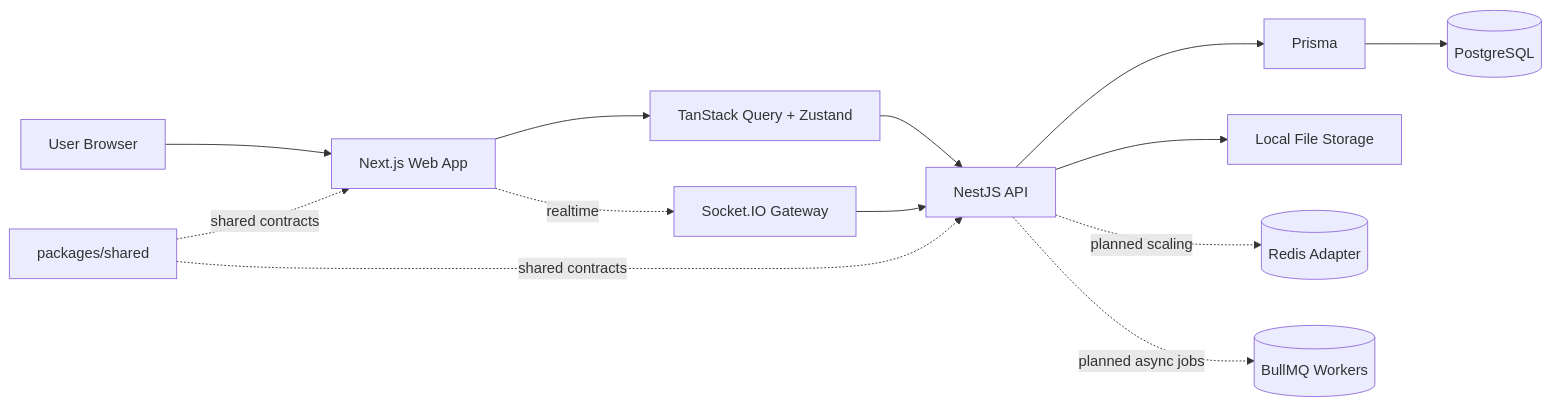
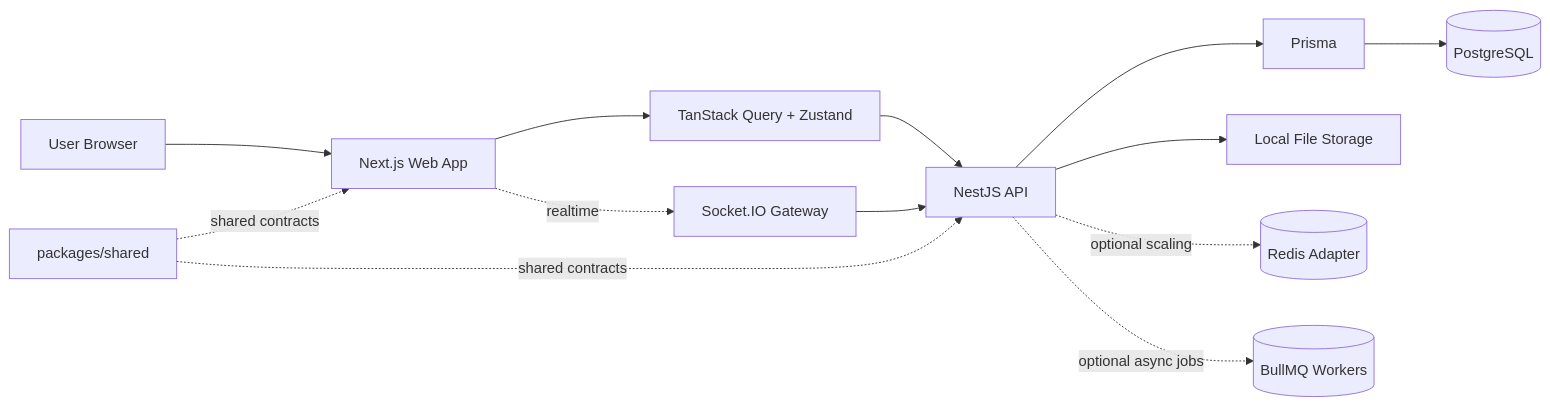
One commit to renyufly/NextWorkspace changed the first of 3 diagrams in README.md. Above: the diagram before and after it, drawn with Mermaid. The commit also changed other lines of this file and 70 other files, not shown here.

````diff
--- a/README.md
+++ b/README.md
@@ -103,15 +110,15 @@
 ```mermaid
 flowchart LR
     U[User Browser] --> W[Next.js Web App]
     W --> Q[TanStack Query + Zustand]
     Q --> A[NestJS API]
     W -. realtime .-> R[Socket.IO Gateway]
     R --> A
     A --> P[Prisma]
     P --> D[(PostgreSQL)]
     A --> F[Local File Storage]
-    A -. planned scaling .-> X[(Redis Adapter)]
-    A -. planned async jobs .-> B[(BullMQ Workers)]
+    A -. optional scaling .-> X[(Redis Adapter)]
+    A -. optional async jobs .-> B[(BullMQ Workers)]
     S[packages/shared] -. shared contracts .-> W
     S -. shared contracts .-> A
 ```
````
